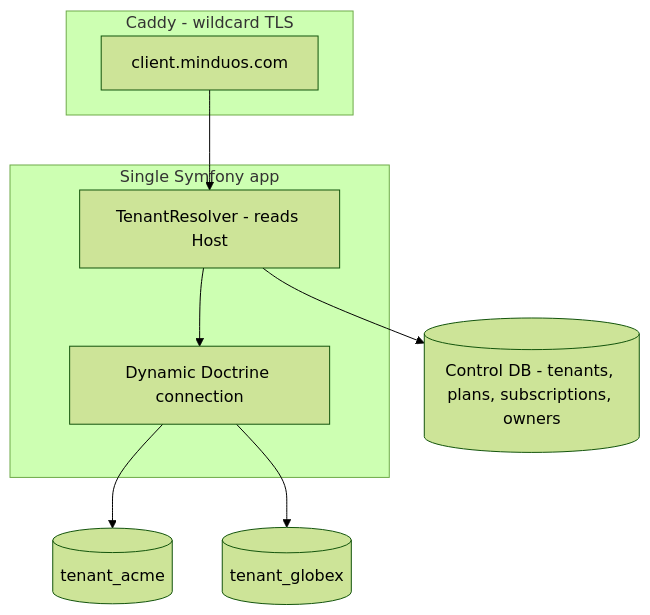
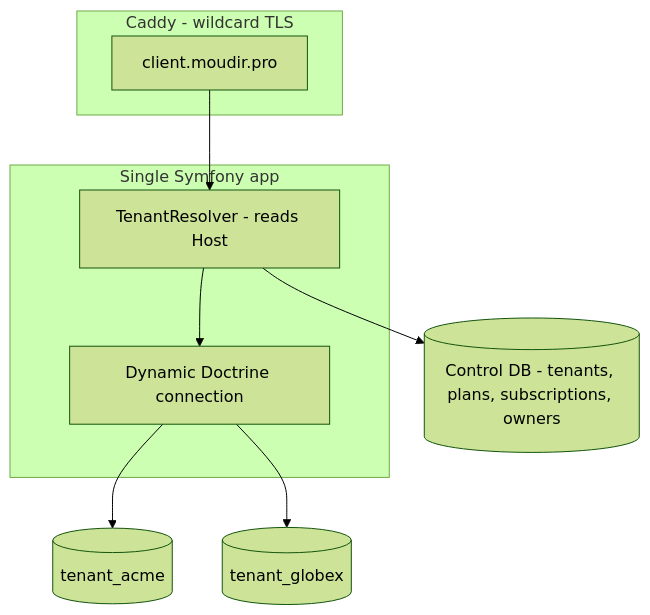
One commit to y-awedni/mindsuit changed the diagram in docs/SAAS_ARCHITECTURE.md. Above: the diagram before and after it, drawn with Mermaid (forest theme). The commit also changed other lines of this file and 4 other files, not shown here.

First line of the commit message:
chore: deployment prep for moudir.pro

````diff
--- a/docs/SAAS_ARCHITECTURE.md
+++ b/docs/SAAS_ARCHITECTURE.md
@@ -17,17 +17,17 @@
 ```mermaid
 flowchart TB
     subgraph edge [Caddy - wildcard TLS]
-        req["client.minduos.com"]
+        req["client.moudir.pro"]
     end
     subgraph app [Single Symfony app]
         resolver[TenantResolver - reads Host]
         conn[Dynamic Doctrine connection]
     end
     control[(Control DB - tenants, plans, subscriptions, owners)]
     t1[(tenant_acme)]
     t2[(tenant_globex)]
     req --> resolver --> control
     resolver --> conn
     conn --> t1
     conn --> t2
 ```
````
